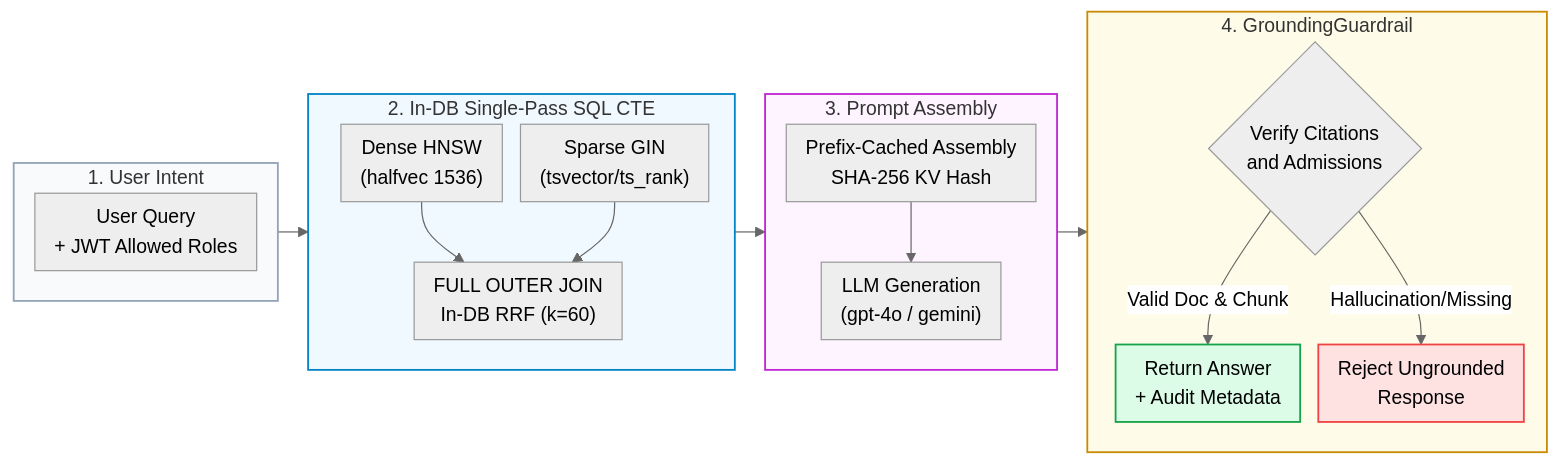
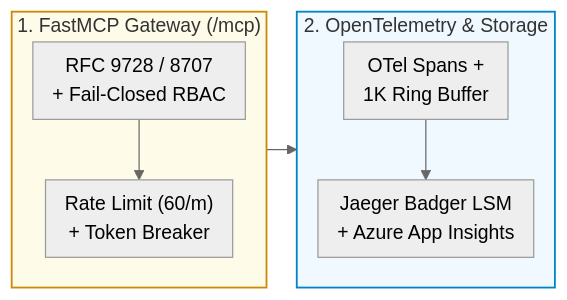
One commit to Kenono2000/enterprise-rag-pgvector-rbac changed the fifth of 12 diagrams in README.md. Above: the diagram before and after it, drawn with Mermaid (neutral theme). The commit also changed other lines of this file, not shown here.

Commit message:
docs: update README navigation, diagrams, and section numbering

````diff
--- a/README.md
+++ b/README.md
@@ -166,34 +164,15 @@
 ```mermaid
 %%{init: {'flowchart': {'nodeSpacing': 15, 'rankSpacing': 25, 'padding': 8}}}%%
 flowchart LR
-    subgraph Query ["1. User Intent"]
+    subgraph Gateway ["1. FastMCP Gateway (/mcp)"]
         direction TB
-        Q["User Query<br/>+ JWT Allowed Roles"]
+        Auth["RFC 9728 / 8707<br/>+ Fail-Closed RBAC"] --> Guard["Rate Limit (60/m)<br/>+ Token Breaker"]
     end
-    subgraph Fusion ["2. In-DB Single-Pass SQL CTE"]
+    subgraph OTel ["2. OpenTelemetry &amp; Storage"]
         direction TB
-        Dense["Dense HNSW<br/>(halfvec 1536)"]
-        Sparse["Sparse GIN<br/>(tsvector/ts_rank)"]
-        Dense --> Fused["FULL OUTER JOIN<br/>In-DB RRF (k=60)"]
-        Sparse --> Fused
+        Span["OTel Spans +<br/>1K Ring Buffer"] --> Export["Jaeger Badger LSM<br/>+ Azure App Insights"]
     end
-    subgraph PromptTier ["3. Prompt Assembly"]
-        direction TB
-        Asm["Prefix-Cached Assembly<br/>SHA-256 KV Hash"] --> Gen["LLM Generation<br/>(gpt-4o / gemini)"]
-    end
-    subgraph GuardTier ["4. GroundingGuardrail"]
-        direction TB
-        Val{"Verify Citations<br/>and Admissions"}
-        Pass["Return Answer<br/>+ Audit Metadata"]
-        Block["Reject Ungrounded<br/>Response"]
-        Val -->|"Valid Doc & Chunk"| Pass
-        Val -->|"Hallucination/Missing"| Block
-    end
-    Query --> Fusion --> PromptTier --> GuardTier
-    style Query fill:#f8fafc,stroke:#94a3b8,stroke-width:1.5px
-    style Fusion fill:#f0f9ff,stroke:#0284c7,stroke-width:1.5px
-    style PromptTier fill:#fdf4ff,stroke:#c026d3,stroke-width:1.5px
-    style GuardTier fill:#fefce8,stroke:#ca8a04,stroke-width:1.5px
-    style Pass fill:#dcfce7,stroke:#16a34a,stroke-width:1.5px
-    style Block fill:#fee2e2,stroke:#ef4444,stroke-width:1.5px
+    Gateway --> OTel
+    style Gateway fill:#fefce8,stroke:#ca8a04,stroke-width:1.5px
+    style OTel fill:#f0f9ff,stroke:#0284c7,stroke-width:1.5px
 ```
````
